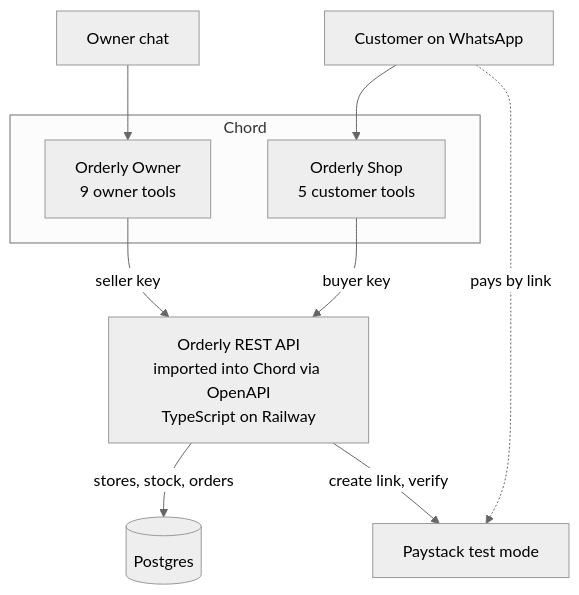
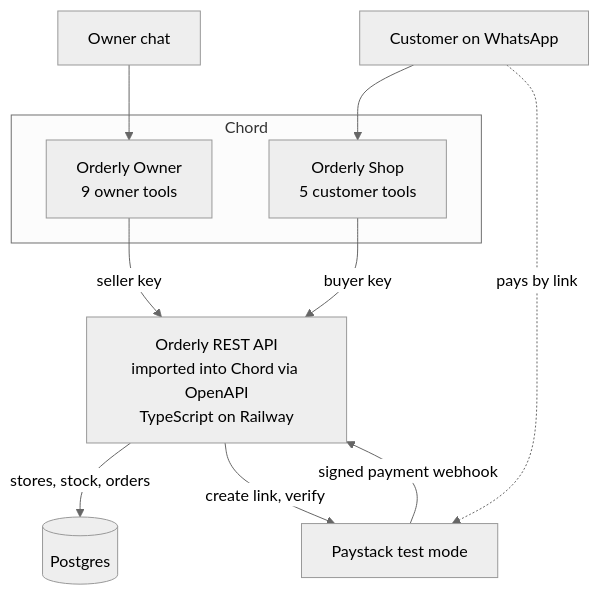
The first of 2 diagrams in docs/ENGINEERING.md (samowolabi/orderly), drawn with Mermaid (neutral theme) before and after one commit. The commit also changed other lines of this file and 3 other files, not shown here.

Commit message:
Test and document Paystack webhook flow

````diff
--- a/docs/ENGINEERING.md
+++ b/docs/ENGINEERING.md
@@ -7,15 +7,16 @@
 ```mermaid
 flowchart TB
   OC[Owner chat] --> OO
   CW[Customer on WhatsApp] --> OS
   subgraph Chord
     OO[Orderly Owner<br/>9 owner tools]
     OS[Orderly Shop<br/>5 customer tools]
   end
   OO -- seller key --> API
   OS -- buyer key --> API
   API[Orderly REST API<br/>imported into Chord via OpenAPI<br/>TypeScript on Railway]
   API -- stores, stock, orders --> DB[(Postgres)]
   API -- create link, verify --> PS[Paystack test mode]
+  PS -- signed payment webhook --> API
   CW -. pays by link .-> PS
 ```
````
